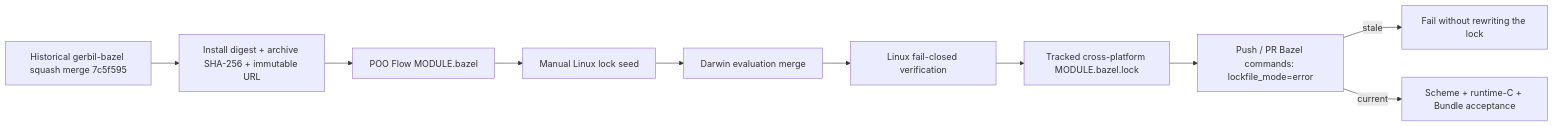
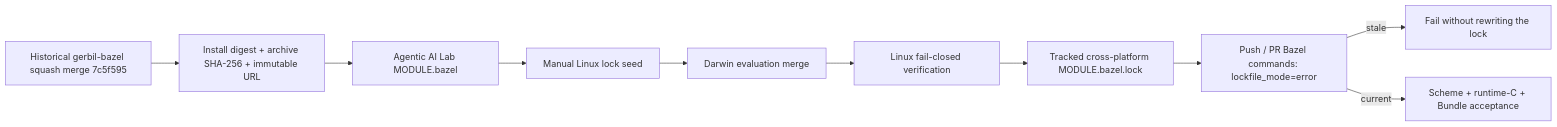
Before and after one commit to tao3k/gebril-yuanxu: the diagram in module-system/design/147-adaptive-scheme-build-guard/14-historical-project-receipt-v1/03-tuple-lock.org, drawn with Mermaid. The commit also changed other lines of this file and 507 other files, not shown here.

```diff
--- a/module-system/design/147-adaptive-scheme-build-guard/14-historical-project-receipt-v1/03-tuple-lock.org
+++ b/module-system/design/147-adaptive-scheme-build-guard/14-historical-project-receipt-v1/03-tuple-lock.org
@@ -24,12 +24,12 @@
 #+begin_src mermaid
 flowchart LR
   Merge["Historical gerbil-bazel squash merge 7c5f595"] --> Tuple["Install digest + archive SHA-256 + immutable URL"]
-  Tuple --> Module["POO Flow MODULE.bazel"]
+  Tuple --> Module["Agentic AI Lab MODULE.bazel"]
   Module --> Seed["Manual Linux lock seed"]
   Seed --> Darwin["Darwin evaluation merge"]
   Darwin --> Verify["Linux fail-closed verification"]
   Verify --> Lock["Tracked cross-platform MODULE.bazel.lock"]
   Lock --> Normal["Push / PR Bazel commands: lockfile_mode=error"]
   Normal -->|"stale"| Block["Fail without rewriting the lock"]
   Normal -->|"current"| Gates["Scheme + runtime-C + Bundle acceptance"]
 #+end_src
```
